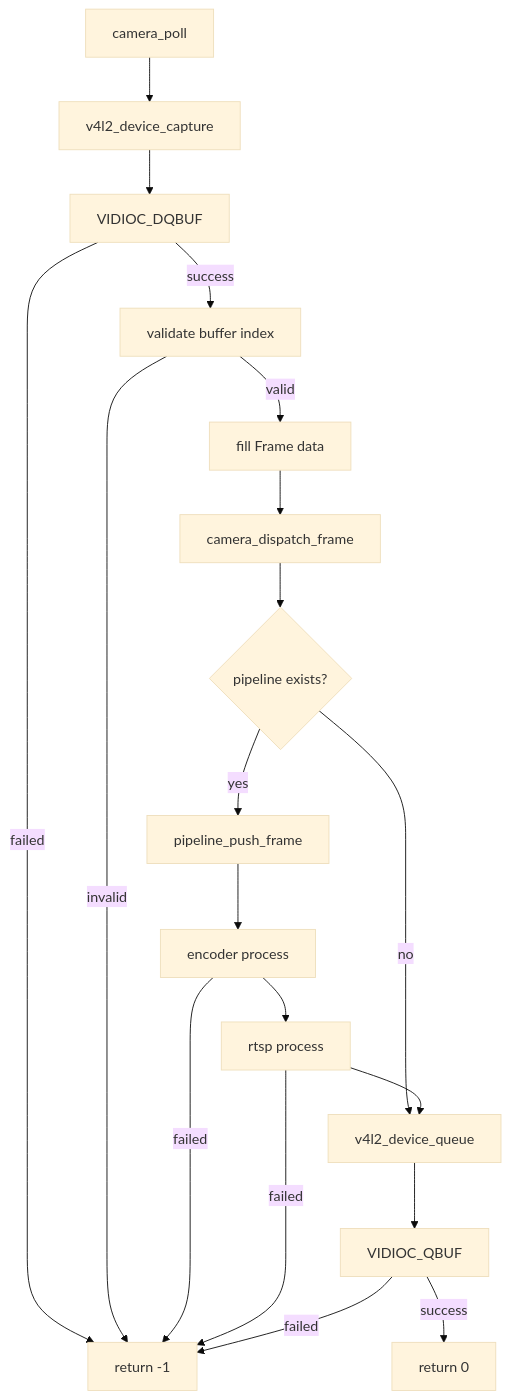
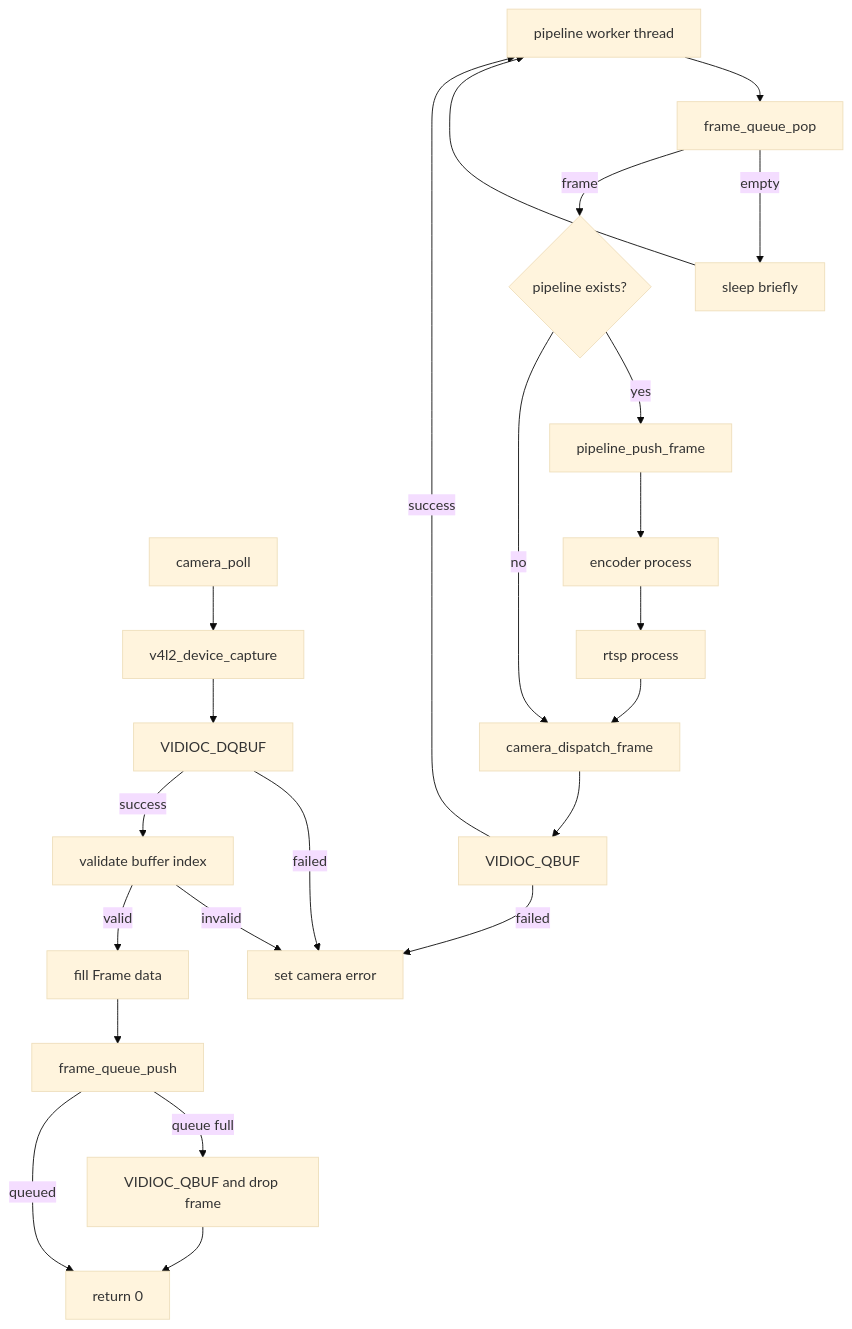
Before and after one commit to originalcore/rk3588_camera: the fifth of 7 diagrams in CAMERA_FLOWCHARTS.md, drawn with Mermaid (base theme). The commit also changed other lines of this file and 11 other files, not shown here.

Commit message:
Add asynchronous frame queue processing

````diff
--- a/CAMERA_FLOWCHARTS.md
+++ b/CAMERA_FLOWCHARTS.md
@@ -129,24 +129,29 @@
 ```mermaid
 flowchart TD
     A[camera_poll] --> B[v4l2_device_capture]
     B --> C[VIDIOC_DQBUF]
     C -->|failed| Z[return -1]
     C -->|success| D[validate buffer index]
     D -->|invalid| Z
     D -->|valid| E[fill Frame data]
 
-    E --> F[camera_dispatch_frame]
-    F --> G{pipeline exists?}
-    G -->|no| K[v4l2_device_queue]
+    E --> F[frame_queue_push]
+    F -->|queue full| F1[VIDIOC_QBUF and drop frame]
+    F1 --> M[return 0]
+    F -->|queued| M
+
+    W[pipeline worker thread] --> Q[frame_queue_pop]
+    Q -->|empty| S[sleep briefly]
+    S --> W
+    Q -->|frame| G{pipeline exists?}
     G -->|yes| H[pipeline_push_frame]
+    G -->|no| L[camera_dispatch_frame]
 
     H --> I[encoder process]
-    I -->|failed| Z
     I --> J[rtsp process]
-    J -->|failed| Z
-    J --> K
+    J --> L
 
-    K --> L[VIDIOC_QBUF]
-    L -->|failed| Z
-    L -->|success| M[return 0]
+    L --> K[VIDIOC_QBUF]
+    K -->|failed| Z[set camera error]
+    K -->|success| W
 ```
````
